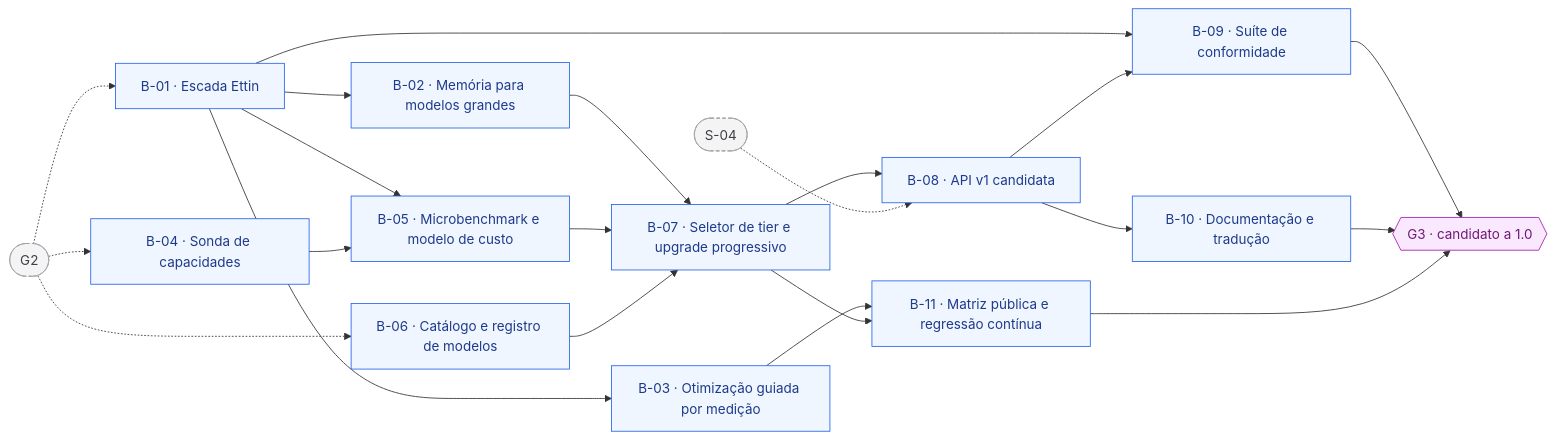
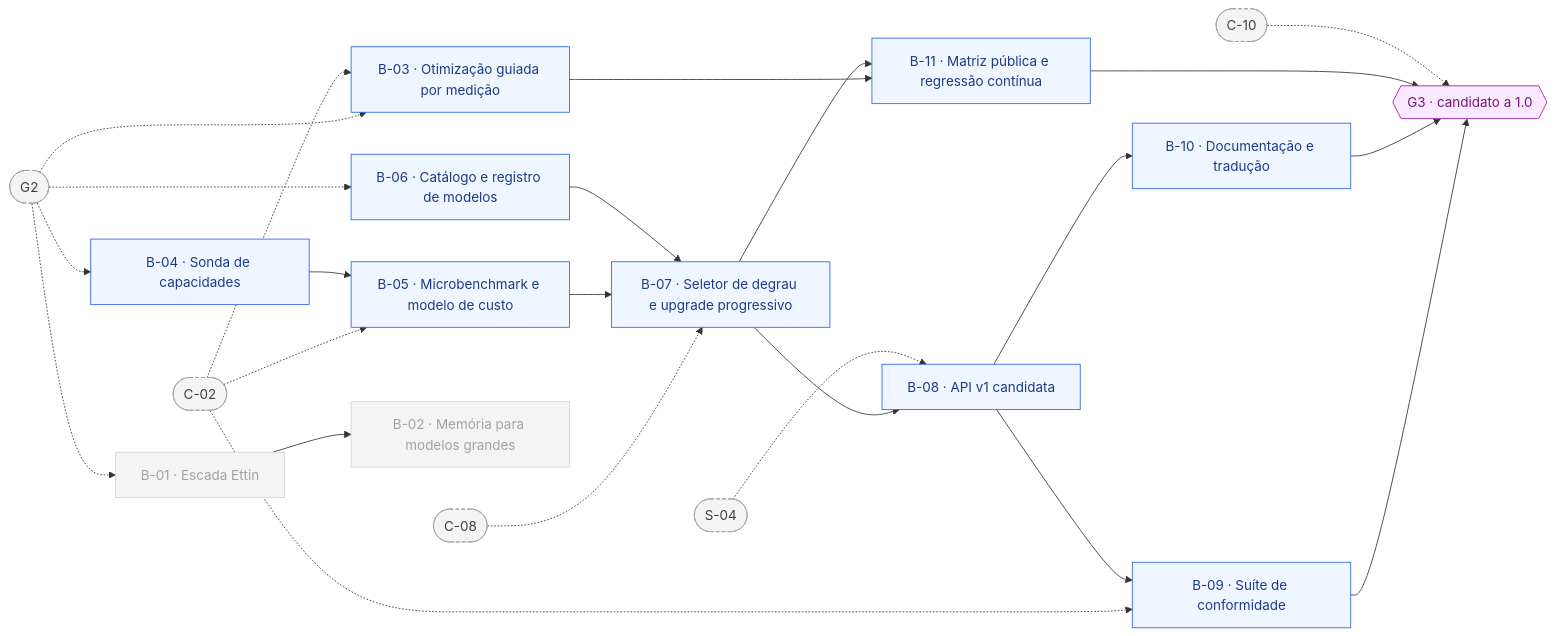
One commit to frederico-kluser/som-webcore changed the seventh of 10 diagrams in ROADMAP.md. Above: the diagram before and after it, drawn with Mermaid. The commit also changed other lines of this file and 6 other files, not shown here.

First line of the commit message:
docs(roadmap): modelos maiores sem travas de memória (#31)

````diff
--- a/ROADMAP.md
+++ b/ROADMAP.md
@@ -956,45 +1451,50 @@
 ```mermaid
 flowchart LR
     G2(["G2"]):::ext
+    C02(["C-02"]):::ext
+    C08(["C-08"]):::ext
     S04(["S-04"]):::ext
-    B01["B-01 · Escada Ettin"]:::todo
+    C10(["C-10"]):::ext
+    B01["B-01 · Escada Ettin"]:::off
+    B03["B-03 · Otimização guiada por medição"]:::todo
     B04["B-04 · Sonda de capacidades"]:::todo
     B06["B-06 · Catálogo e registro de modelos"]:::todo
-    B02["B-02 · Memória para modelos grandes"]:::todo
-    B03["B-03 · Otimização guiada por medição"]:::todo
+    B02["B-02 · Memória para modelos grandes"]:::off
     B05["B-05 · Microbenchmark e modelo de custo"]:::todo
-    B07["B-07 · Seletor de tier e upgrade progressivo"]:::todo
+    B07["B-07 · Seletor de degrau e upgrade progressivo"]:::todo
     B08["B-08 · API v1 candidata"]:::todo
     B11["B-11 · Matriz pública e regressão contínua"]:::todo
     B09["B-09 · Suíte de conformidade"]:::todo
     B10["B-10 · Documentação e tradução"]:::todo
     G3{{"G3 · candidato a 1.0"}}:::gate
     G2 -.-> B01
+    G2 -.-> B03
+    C02 -.-> B03
     G2 -.-> B04
     G2 -.-> B06
     B01 --> B02
-    B01 --> B03
-    B01 --> B05
+    C02 -.-> B05
     B04 --> B05
-    B02 --> B07
+    C08 -.-> B07
     B05 --> B07
     B06 --> B07
     B07 --> B08
     S04 -.-> B08
     B03 --> B11
     B07 --> B11
-    B01 --> B09
+    C02 -.-> B09
     B08 --> B09
     B08 --> B10
     B09 --> G3
     B10 --> G3
     B11 --> G3
+    C10 -.-> G3
     classDef done fill:#dcfce7,stroke:#16a34a,color:#14532d;
     classDef doing fill:#fef9c3,stroke:#ca8a04,color:#713f12;
     classDef todo fill:#eff6ff,stroke:#2563eb,color:#1e3a8a;
     classDef gate fill:#fae8ff,stroke:#a21caf,color:#701a75;
     classDef fork fill:#ffedd5,stroke:#ea580c,color:#7c2d12;
     classDef opt fill:#f8fafc,stroke:#64748b,color:#334155,stroke-dasharray: 5 4;
     classDef off fill:#f4f4f5,stroke:#d4d4d8,color:#a1a1aa;
     classDef ext fill:#f4f4f5,stroke:#a1a1aa,color:#3f3f46,stroke-dasharray: 4 3;
 ```
````
